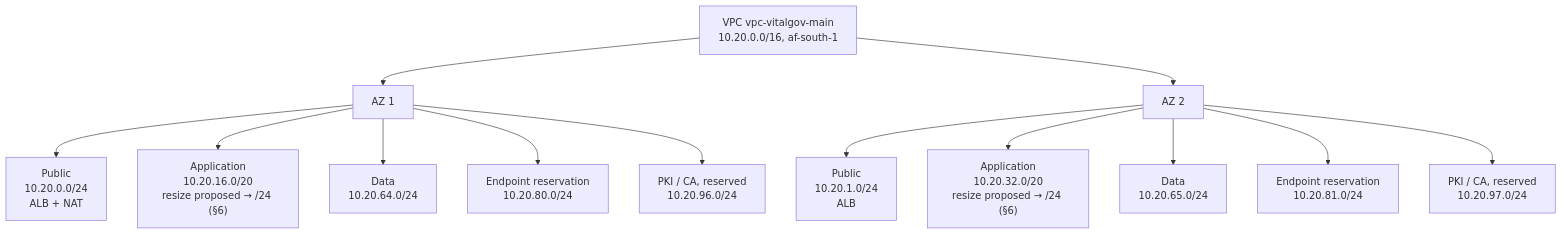
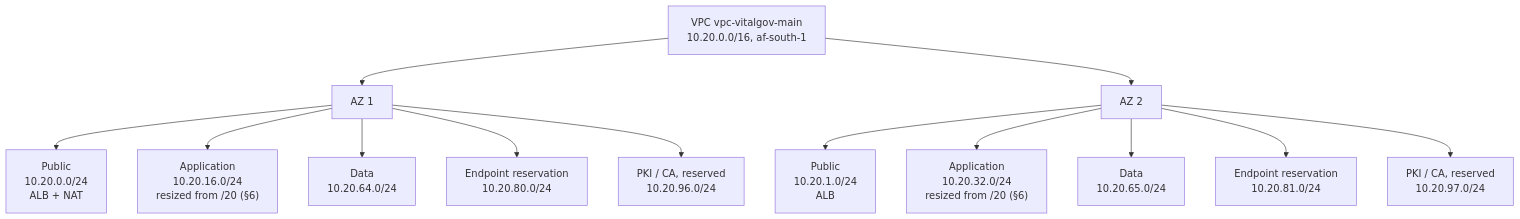
Before and after one commit to Isiaka-Ismail/vitalgov-identity: the diagram in docs/cloud/ip-addressing-plan.md, drawn with Mermaid. The commit also changed other lines of this file and 6 other files, not shown here.

````diff
--- a/docs/cloud/ip-addressing-plan.md
+++ b/docs/cloud/ip-addressing-plan.md
@@ -38,18 +38,18 @@
 ```mermaid
 flowchart TB
     vpc["VPC vpc-vitalgov-main<br/>10.20.0.0/16, af-south-1"]
     vpc --> az1["AZ 1"]
     vpc --> az2["AZ 2"]
 
     az1 --> p1["Public<br/>10.20.0.0/24<br/>ALB + NAT"]
-    az1 --> a1["Application<br/>10.20.16.0/20<br/>resize proposed → /24 (§6)"]
+    az1 --> a1["Application<br/>10.20.16.0/24<br/>resized from /20 (§6)"]
     az1 --> d1["Data<br/>10.20.64.0/24"]
     az1 --> e1["Endpoint reservation<br/>10.20.80.0/24"]
     az1 --> k1["PKI / CA, reserved<br/>10.20.96.0/24"]
 
     az2 --> p2["Public<br/>10.20.1.0/24<br/>ALB"]
-    az2 --> a2["Application<br/>10.20.32.0/20<br/>resize proposed → /24 (§6)"]
+    az2 --> a2["Application<br/>10.20.32.0/24<br/>resized from /20 (§6)"]
     az2 --> d2["Data<br/>10.20.65.0/24"]
     az2 --> e2["Endpoint reservation<br/>10.20.81.0/24"]
     az2 --> k2["PKI / CA, reserved<br/>10.20.97.0/24"]
 ```
````
